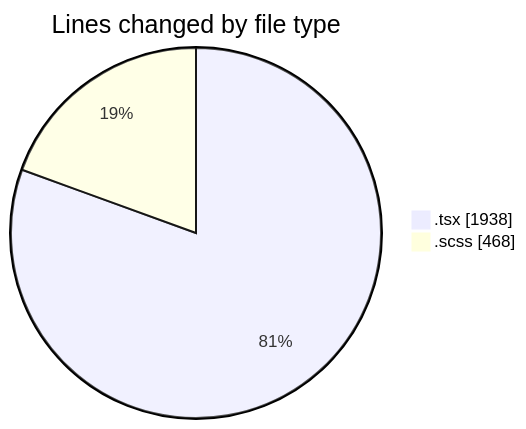
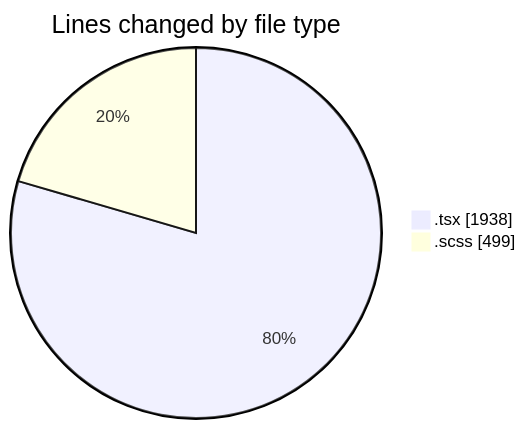
One commit to momahboobian/code-tracking changed the first of 2 diagrams in 2025-04-10/cda/README.md. Above: the diagram before and after it, drawn with Mermaid. The commit also changed other lines of this file and 1 other file, not shown here.

````diff
--- a/2025-04-10/cda/README.md
+++ b/2025-04-10/cda/README.md
@@ -26,6 +26,6 @@
 ```mermaid
 pie showData
 title Lines changed by file type
 ".tsx" : 1938
-".scss" : 468
+".scss" : 499
 ```
````
